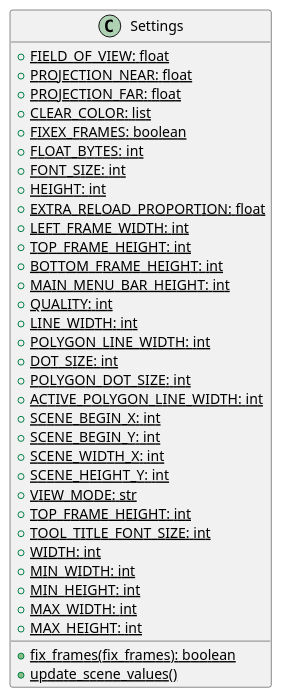
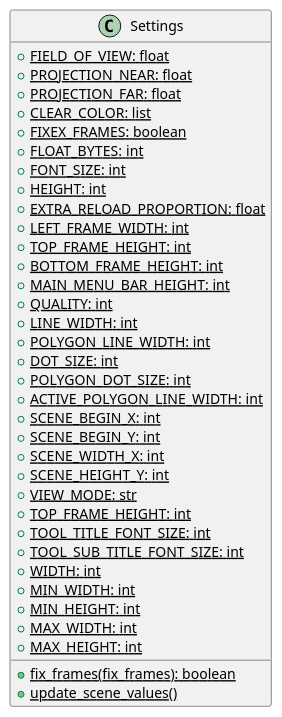
One commit to ferpoble2/Relief_Creator changed the diagram in docs/classes/Settings.puml. Above: the diagram before and after it, drawn with PlantUML. The commit also changed 6 other files, not shown here.

```diff
--- a/docs/classes/Settings.puml
+++ b/docs/classes/Settings.puml
@@ -1,37 +1,38 @@
 @startuml
 class Settings  {
     {static} + FIELD_OF_VIEW: float
     {static} + PROJECTION_NEAR: float
     {static} + PROJECTION_FAR: float
     {static} + CLEAR_COLOR: list
     {static} + fix_frames(fix_frames): boolean
     {static} + FIXEX_FRAMES: boolean
     {static} + FLOAT_BYTES: int
     {static} + FONT_SIZE: int
     {static} + HEIGHT: int
     {static} + EXTRA_RELOAD_PROPORTION: float
     {static} + LEFT_FRAME_WIDTH: int
     {static} + TOP_FRAME_HEIGHT: int
     {static} + BOTTOM_FRAME_HEIGHT: int
     {static} + MAIN_MENU_BAR_HEIGHT: int
     {static} + QUALITY: int
     {static} + LINE_WIDTH: int
     {static} + POLYGON_LINE_WIDTH: int
     {static} + DOT_SIZE: int
     {static} + POLYGON_DOT_SIZE: int
     {static} + ACTIVE_POLYGON_LINE_WIDTH: int
     {static} + SCENE_BEGIN_X: int
     {static} + SCENE_BEGIN_Y: int
     {static} + SCENE_WIDTH_X: int
     {static} + SCENE_HEIGHT_Y: int
     {static} + VIEW_MODE: str
     {static} + TOP_FRAME_HEIGHT: int
     {static} + TOOL_TITLE_FONT_SIZE: int
+    {static} + TOOL_SUB_TITLE_FONT_SIZE: int
     {static} + WIDTH: int
     {static} + MIN_WIDTH: int
     {static} + MIN_HEIGHT: int
     {static} + MAX_WIDTH: int
     {static} + MAX_HEIGHT: int
     {static} + update_scene_values()
 }
 @enduml
```
